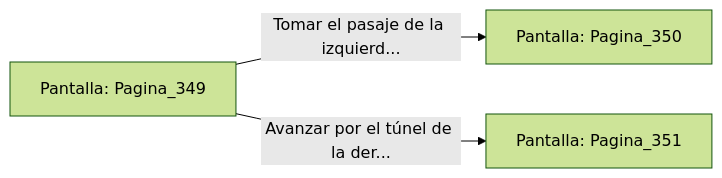
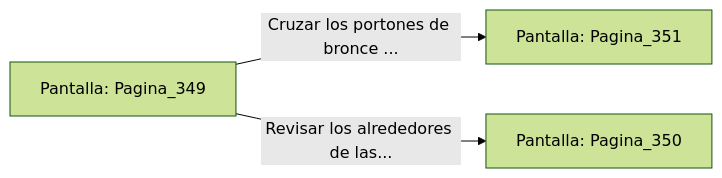
One commit to metsuke/mpl changed the diagram in sample/eligejuego-vault/Pantalla_Pagina_349.md. Above: the diagram before and after it, drawn with Mermaid (forest theme). The commit also changed other lines of this file and 635 other files, not shown here.

First line of the commit message:
fix: añadir Pagina_1 como pantalla inicial en capitulo_01.mpl

````diff
--- a/sample/eligejuego-vault/Pantalla_Pagina_349.md
+++ b/sample/eligejuego-vault/Pantalla_Pagina_349.md
@@ -20,6 +24,6 @@
 ```mermaid
 graph LR
     P_Pagina_349["Pantalla: Pagina_349"]
-    P_Pagina_349 -->|"Tomar el pasaje de la izquierd..."| P_Pagina_350["Pantalla: Pagina_350"]
-    P_Pagina_349 -->|"Avanzar por el túnel de la der..."| P_Pagina_351["Pantalla: Pagina_351"]
+    P_Pagina_349 -->|"Cruzar los portones de bronce ..."| P_Pagina_351["Pantalla: Pagina_351"]
+    P_Pagina_349 -->|"Revisar los alrededores de las..."| P_Pagina_350["Pantalla: Pagina_350"]
 ```
````
